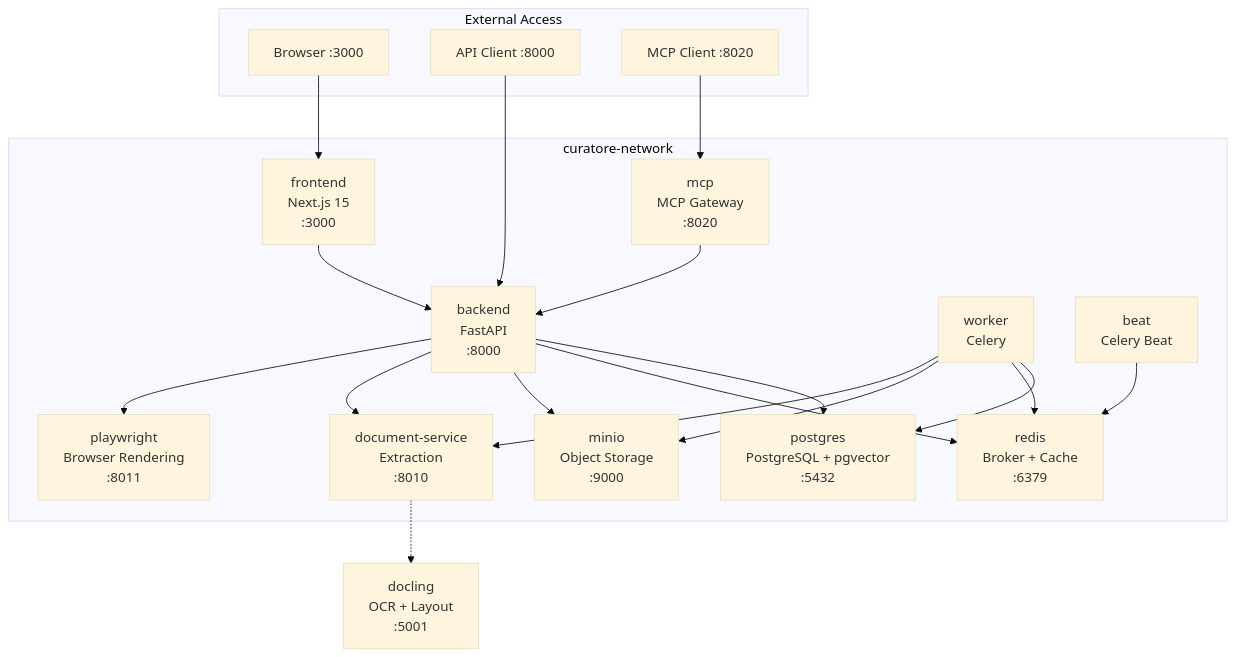
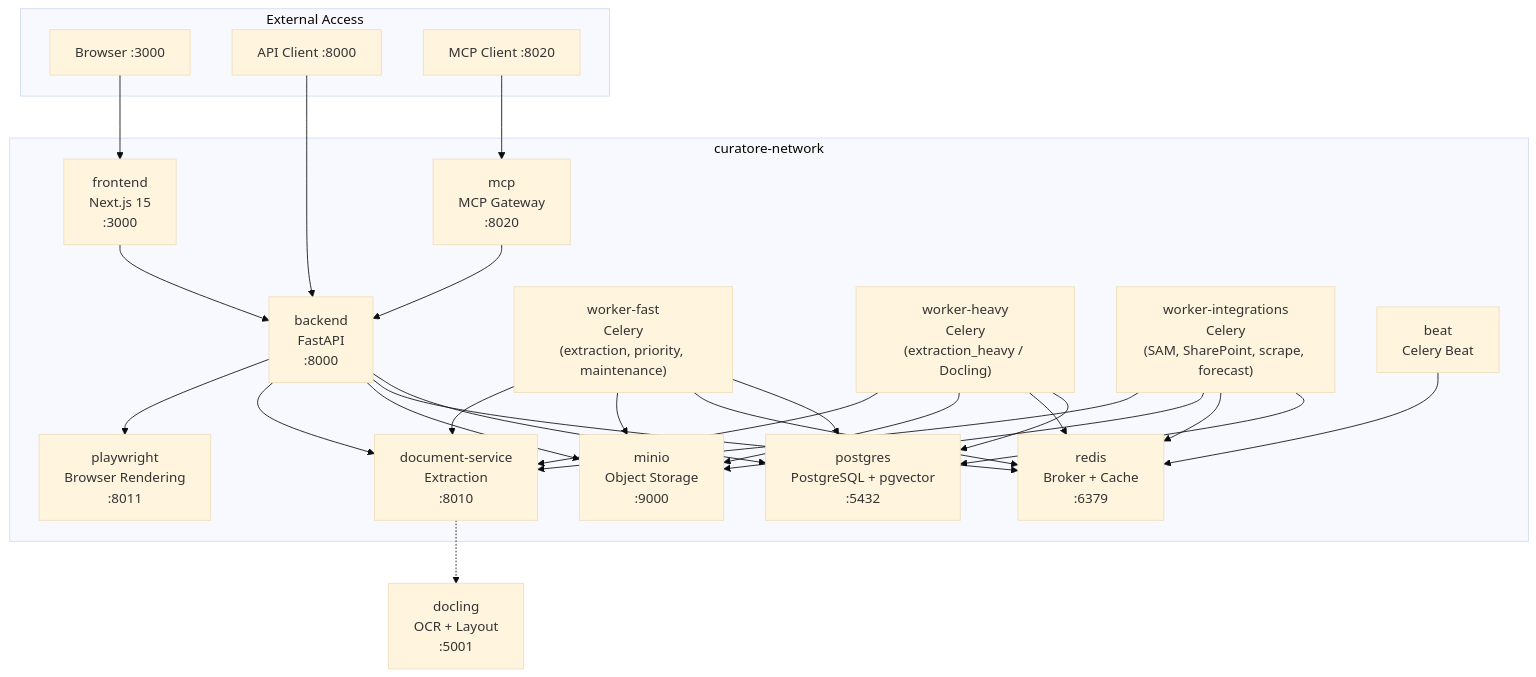
Before and after one commit to Amivero-LLC/curatore-localdev: the first of 4 diagrams in docs/OVERVIEW.md, drawn with Mermaid (base theme). The commit also changed other lines of this file and 7 other files, not shown here.

First line of the commit message:
Three-pool worker architecture with extraction queue routing

````diff
--- a/docs/OVERVIEW.md
+++ b/docs/OVERVIEW.md
@@ -7,43 +7,53 @@
 ```mermaid
 graph TB
     subgraph External["External Access"]
         Browser["Browser :3000"]
         API["API Client :8000"]
         MCP_Client["MCP Client :8020"]
     end
 
     subgraph Platform["curatore-network"]
         Frontend["frontend\nNext.js 15\n:3000"]
         Backend["backend\nFastAPI\n:8000"]
         MCP["mcp\nMCP Gateway\n:8020"]
-        Worker["worker\nCelery"]
+        WorkerFast["worker-fast\nCelery\n(extraction, priority, maintenance)"]
+        WorkerHeavy["worker-heavy\nCelery\n(extraction_heavy / Docling)"]
+        WorkerInt["worker-integrations\nCelery\n(SAM, SharePoint, scrape, forecast)"]
         Beat["beat\nCelery Beat"]
 
         DocService["document-service\nExtraction\n:8010"]
         Playwright["playwright\nBrowser Rendering\n:8011"]
 
         Postgres["postgres\nPostgreSQL + pgvector\n:5432"]
         Redis["redis\nBroker + Cache\n:6379"]
         MinIO["minio\nObject Storage\n:9000"]
     end
 
     Browser --> Frontend
     API --> Backend
     MCP_Client --> MCP
 
     Frontend --> Backend
     MCP --> Backend
     Backend --> Postgres
     Backend --> Redis
     Backend --> MinIO
     Backend --> DocService
     Backend --> Playwright
 
-    Worker --> Postgres
-    Worker --> Redis
-    Worker --> MinIO
-    Worker --> DocService
+    WorkerFast --> Postgres
+    WorkerFast --> Redis
+    WorkerFast --> MinIO
+    WorkerFast --> DocService
+    WorkerHeavy --> Postgres
+    WorkerHeavy --> Redis
+    WorkerHeavy --> MinIO
+    WorkerHeavy --> DocService
+    WorkerInt --> Postgres
+    WorkerInt --> Redis
+    WorkerInt --> MinIO
+    WorkerInt --> DocService
     Beat --> Redis
 
     DocService -.-> Docling["docling\nOCR + Layout\n:5001"]
 ```
````
